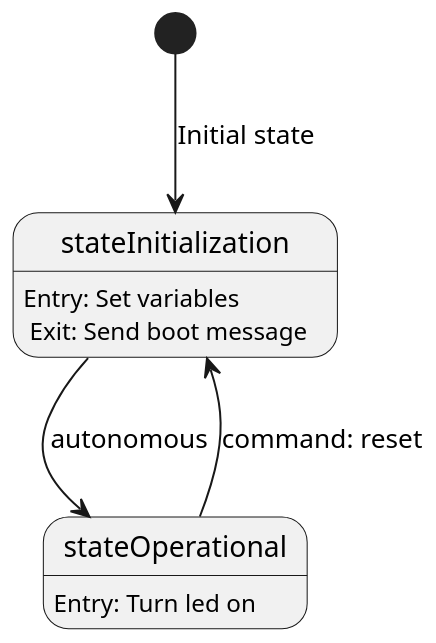
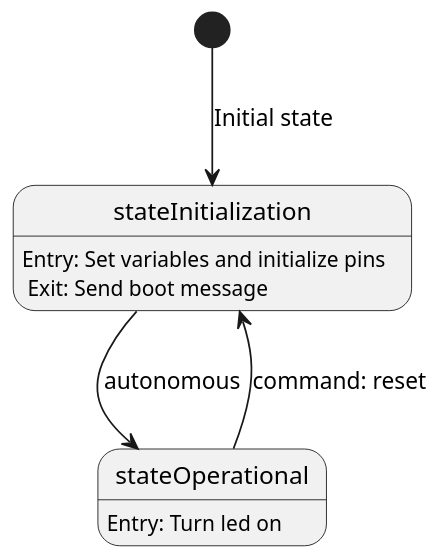
Before and after one commit to JonkiTroll/Embedded_Systems: the diagram in Group_project_3/src/state.puml, drawn with PlantUML.

Commit message:
Update diagram

```diff
--- a/Group_project_3/src/state.puml
+++ b/Group_project_3/src/state.puml
@@ -1,13 +1,13 @@
 @startuml
 'https://plantuml.com/state-diagram
 
 scale 350 width
 
-stateInitialization:       Entry: Set variables\n Exit: Send boot message
-stateOperational:    Entry: Turn led on
+stateInitialization:        Entry: Set variables and initialize pins\n Exit: Send boot message
+stateOperational:           Entry: Turn led on
 
 [*]-down->stateInitialization: Initial state
 stateInitialization -down-> stateOperational: autonomous
 stateOperational -up-> stateInitialization: command: reset
 
 @enduml
```
